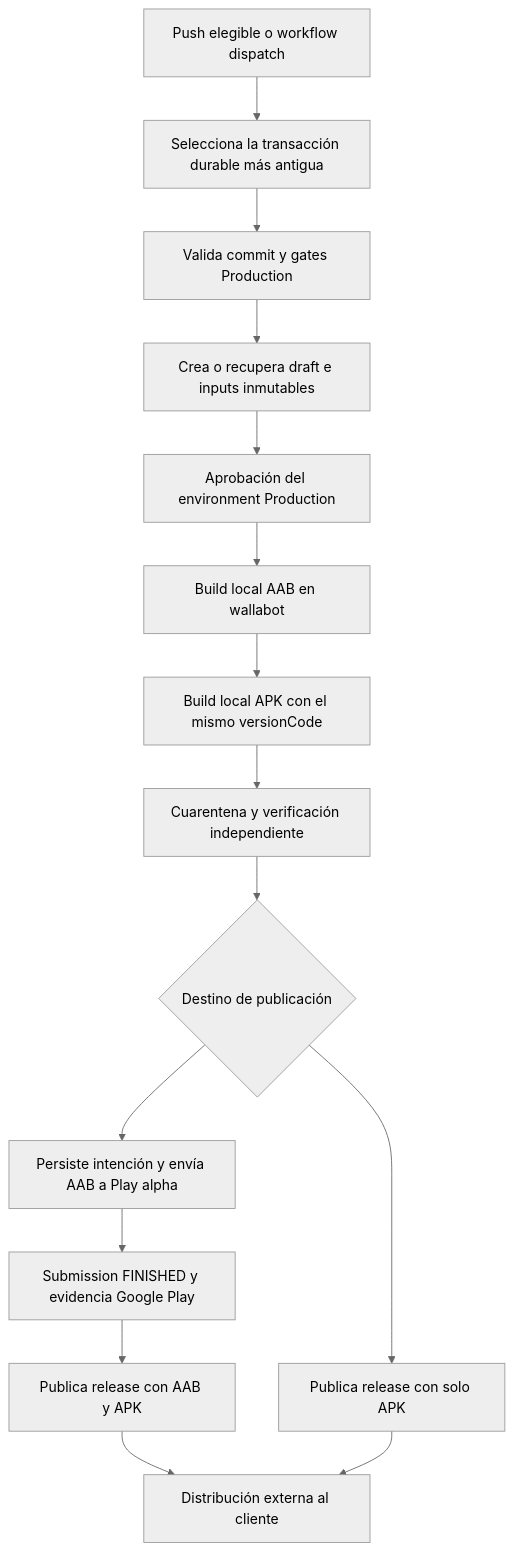
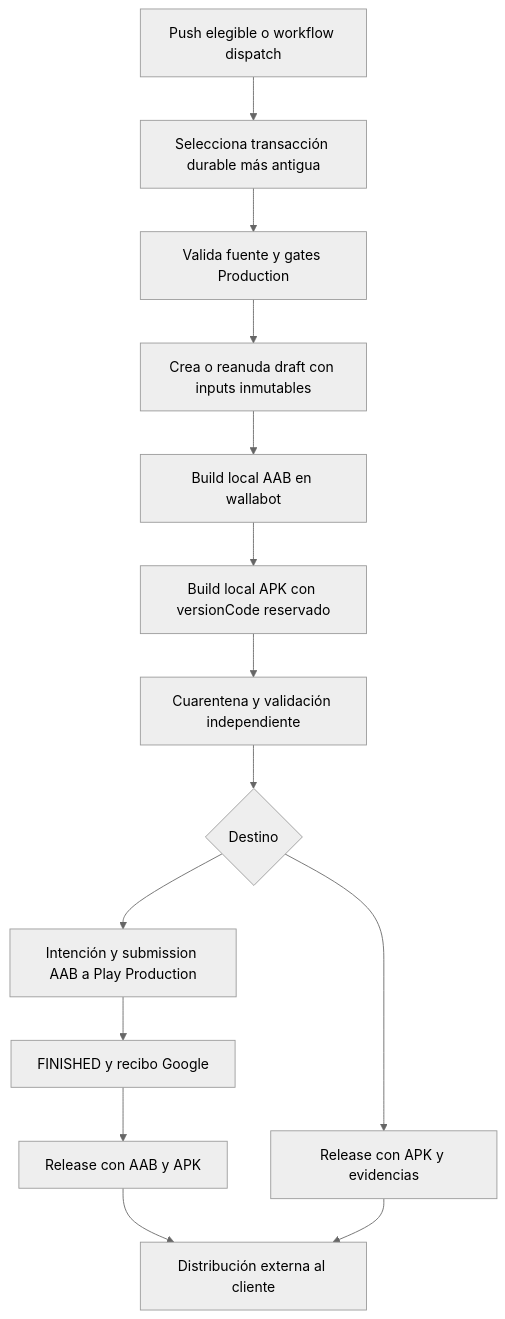
Before and after one commit to maximofn/gymnasia: the second of 3 diagrams in openwiki/integrations/vivagym-and-updates.md, drawn with Mermaid (neutral theme). The commit also changed other lines of this file and 9 other files, not shown here.

````diff
--- a/openwiki/integrations/vivagym-and-updates.md
+++ b/openwiki/integrations/vivagym-and-updates.md
@@ -115,17 +105,16 @@
 ```mermaid
 flowchart TD
-    Trigger["Push elegible o workflow dispatch"] --> Select["Selecciona la transacción durable más antigua"]
-    Select --> Source["Valida commit y gates Production"]
-    Source --> Draft["Crea o recupera draft e inputs inmutables"]
-    Draft --> Approval["Aprobación del environment Production"]
-    Approval --> BuildAAB["Build local AAB en wallabot"]
-    BuildAAB --> BuildAPK["Build local APK con el mismo versionCode"]
-    BuildAPK --> Quarantine["Cuarentena y verificación independiente"]
-    Quarantine --> Target{"Destino de publicación"}
-    Target --> PlayIntent["Persiste intención y envía AAB a Play alpha"]
-    PlayIntent --> PlayDone["Submission FINISHED y evidencia Google Play"]
-    PlayDone --> PlayRelease["Publica release con AAB y APK"]
-    Target --> ApkRelease["Publica release con solo APK"]
+    Trigger["Push elegible o workflow dispatch"] --> Select["Selecciona transacción durable más antigua"]
+    Select --> Source["Valida fuente y gates Production"]
+    Source --> Draft["Crea o reanuda draft con inputs inmutables"]
+    Draft --> BuildAAB["Build local AAB en wallabot"]
+    BuildAAB --> BuildAPK["Build local APK con versionCode reservado"]
+    BuildAPK --> Verify["Cuarentena y validación independiente"]
+    Verify --> Target{"Destino"}
+    Target --> Play["Intención y submission AAB a Play Production"]
+    Play --> Receipt["FINISHED y recibo Google"]
+    Receipt --> PlayRelease["Release con AAB y APK"]
+    Target --> ApkRelease["Release con APK y evidencias"]
     PlayRelease --> External["Distribución externa al cliente"]
     ApkRelease --> External
 ```
````
